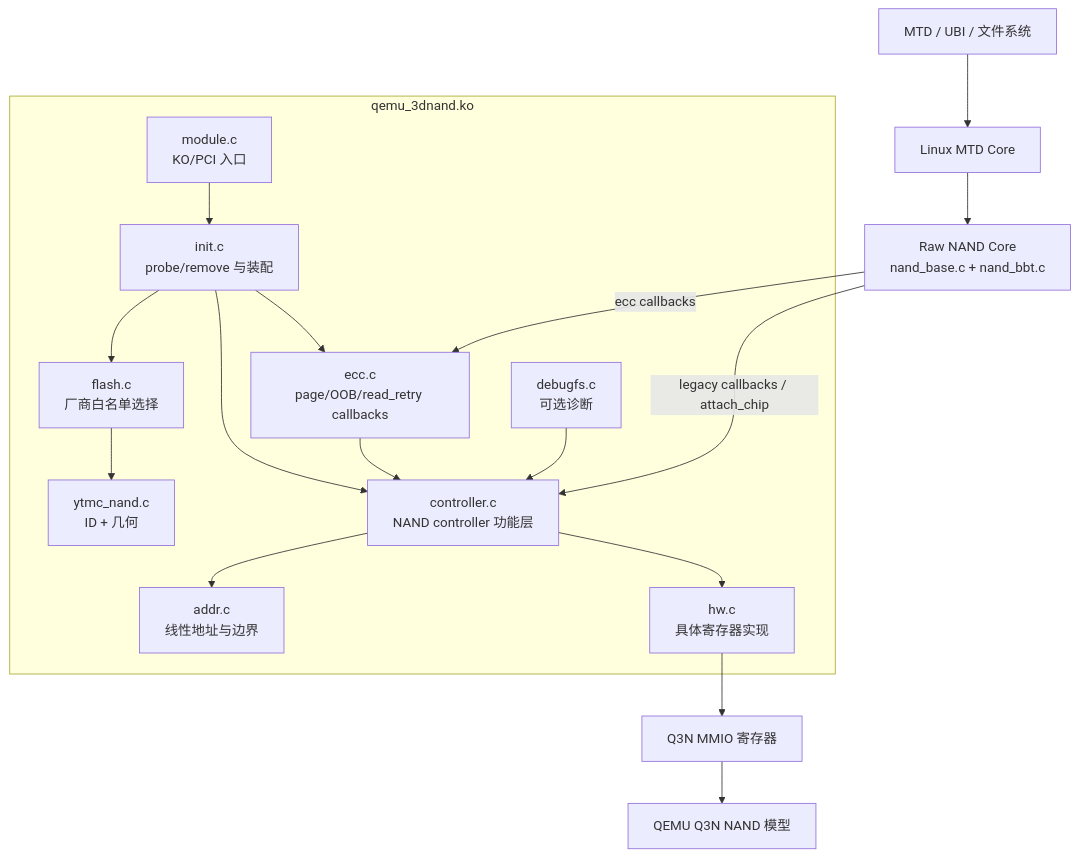
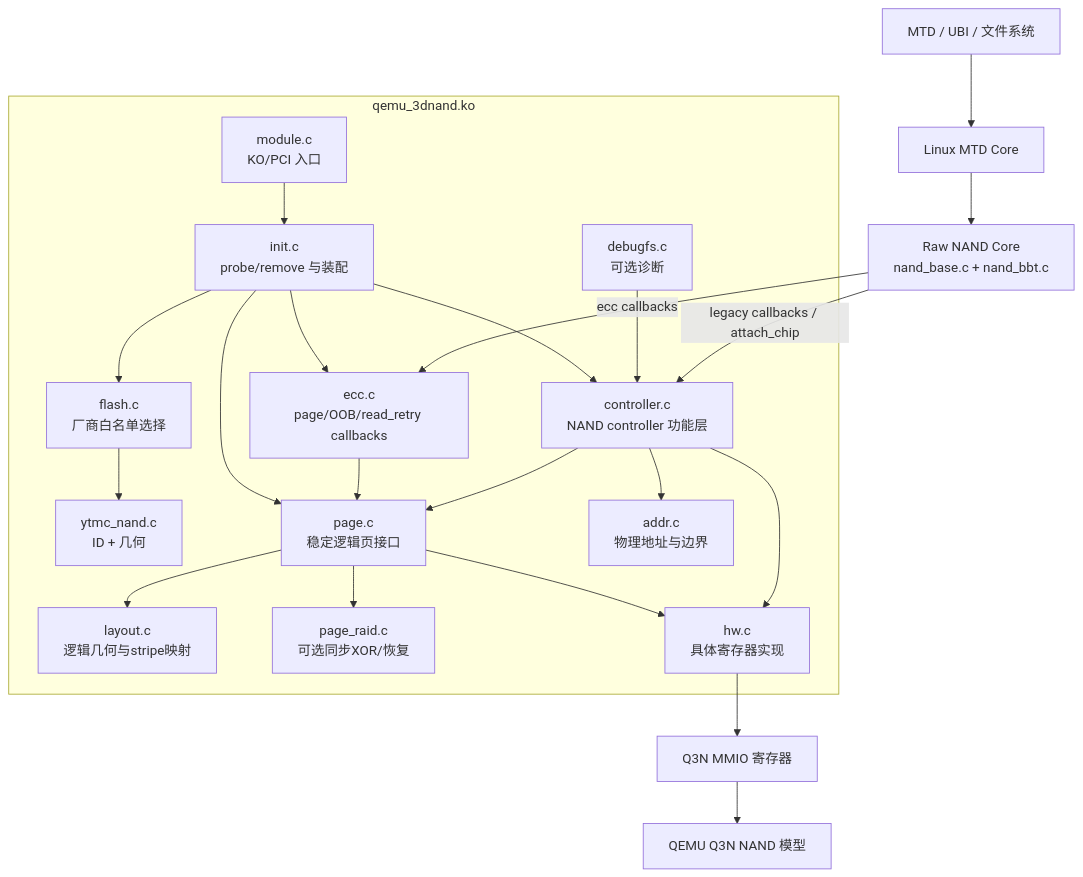
Before and after one commit to avenstar65/3dnand_test: the second of 10 diagrams in docs/superpowers/specs/2026-07-28-q3n-nand-core-ecc-read-retry-design.md, drawn with Mermaid. The commit also changed other lines of this file, not shown here.

Commit message:
docs: integrate page raid into overall design

````diff
--- a/docs/superpowers/specs/2026-07-28-q3n-nand-core-ecc-read-retry-design.md
+++ b/docs/superpowers/specs/2026-07-28-q3n-nand-core-ecc-read-retry-design.md
@@ -459,32 +557,40 @@
 ```mermaid
 flowchart TD
     U["MTD / UBI / 文件系统"] --> M["Linux MTD Core"]
     M --> N["Raw NAND Core<br/>nand_base.c + nand_bbt.c"]
 
     subgraph KO["qemu_3dnand.ko"]
         MOD["module.c<br/>KO/PCI 入口"]
         INIT["init.c<br/>probe/remove 与装配"]
         FLASH["flash.c<br/>厂商白名单选择"]
         YTMC["ytmc_nand.c<br/>ID + 几何"]
         ECC["ecc.c<br/>page/OOB/read_retry callbacks"]
+        PAGE["page.c<br/>稳定逻辑页接口"]
+        LAYOUT["layout.c<br/>逻辑几何与stripe映射"]
+        RAID["page_raid.c<br/>可选同步XOR/恢复"]
         CTRL["controller.c<br/>NAND controller 功能层"]
-        ADDR["addr.c<br/>线性地址与边界"]
+        ADDR["addr.c<br/>物理地址与边界"]
         HW["hw.c<br/>具体寄存器实现"]
         DBG["debugfs.c<br/>可选诊断"]
 
         MOD --> INIT
         INIT --> FLASH
         FLASH --> YTMC
         INIT --> CTRL
         INIT --> ECC
-        ECC --> CTRL
+        INIT --> PAGE
+        PAGE --> LAYOUT
+        PAGE --> RAID
+        ECC --> PAGE
+        CTRL --> PAGE
+        PAGE --> HW
         CTRL --> ADDR
         CTRL --> HW
         DBG --> CTRL
     end
 
     N -->|"legacy callbacks / attach_chip"| CTRL
     N -->|"ecc callbacks"| ECC
     HW --> REG["Q3N MMIO 寄存器"]
     REG --> QEMU["QEMU Q3N NAND 模型"]
 ```
````
